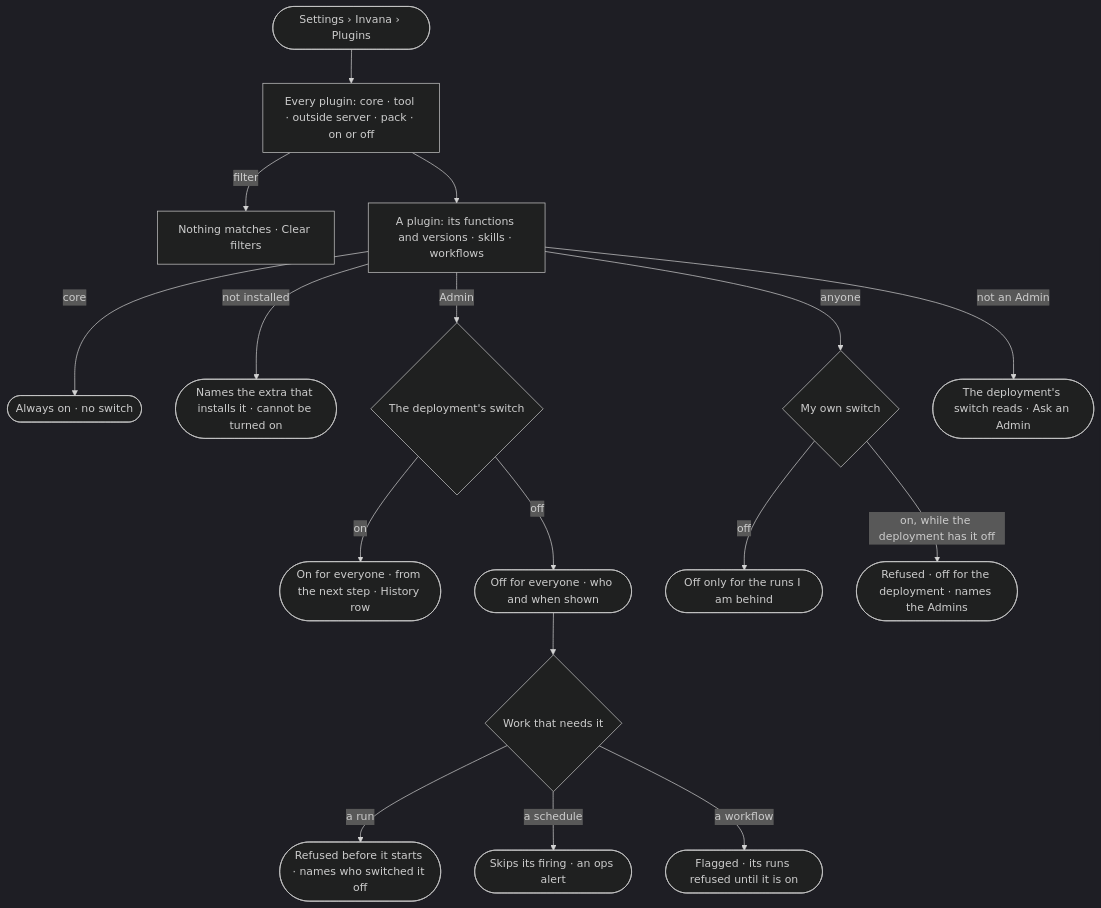
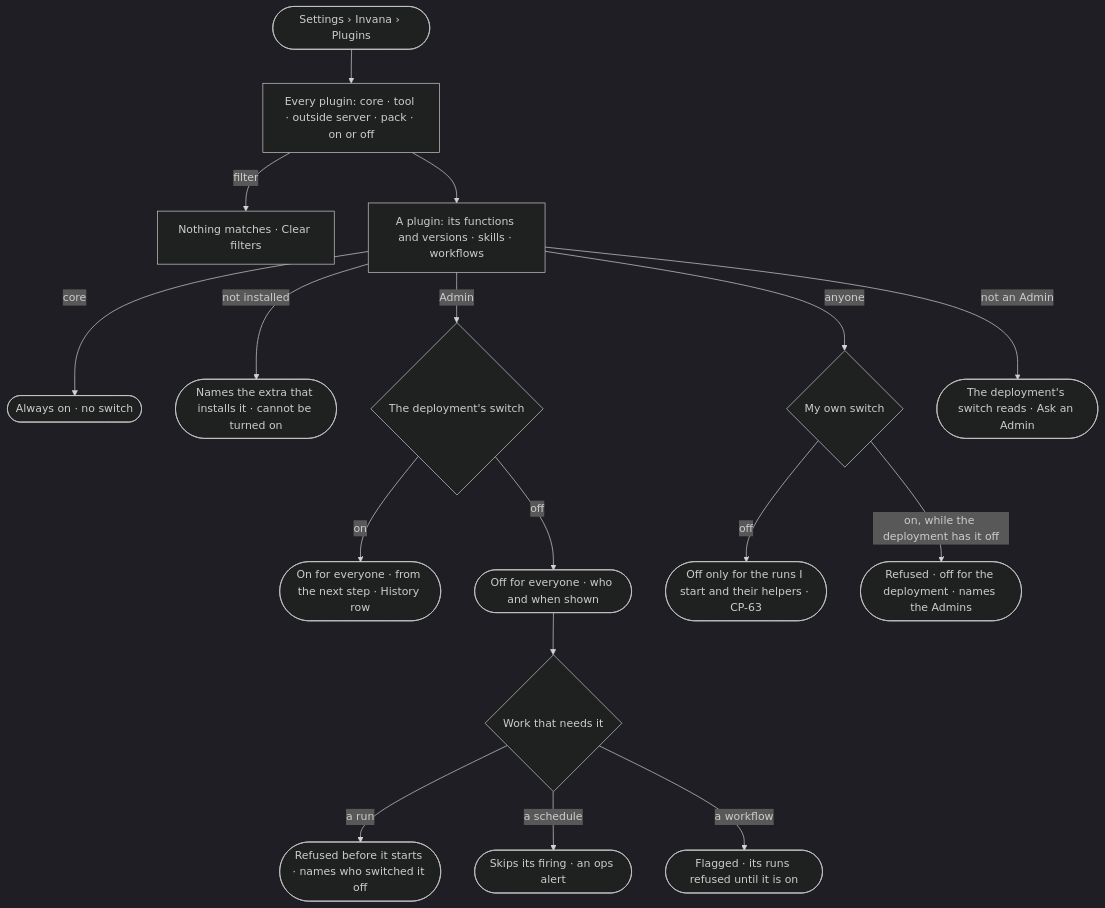
The diagram in specs/os/control/features/CP-F02-plugins-and-outside-tools/stories/CP-04-see-every-plugin-and-switch-it-on-or-off/story.md (invana/invana), drawn with Mermaid (dark theme) before and after one commit. The commit also changed other lines of this file and 300 other files, not shown here.

````diff
--- a/specs/os/control/features/CP-F02-plugins-and-outside-tools/stories/CP-04-see-every-plugin-and-switch-it-on-or-off/story.md
+++ b/specs/os/control/features/CP-F02-plugins-and-outside-tools/stories/CP-04-see-every-plugin-and-switch-it-on-or-off/story.md
@@ -27,19 +29,19 @@
 ```mermaid
 flowchart TD
   s([Settings › Invana › Plugins]) --> l["Every plugin: core · tool · outside server · pack · on or off"]
   l -->|filter| f["Nothing matches · Clear filters"]
   l --> p["A plugin: its functions and versions · skills · workflows"]
   p -->|core| always(["Always on · no switch"])
   p -->|not installed| ni(["Names the extra that installs it · cannot be turned on"])
   p -->|Admin| sw{"The deployment's switch"}
   sw -->|on| on(["On for everyone · from the next step · History row"])
   sw -->|off| off(["Off for everyone · who and when shown"])
   off --> w{"Work that needs it"}
   w -->|a run| r(["Refused before it starts · names who switched it off"])
   w -->|a schedule| sc(["Skips its firing · an ops alert"])
   w -->|a workflow| wf(["Flagged · its runs refused until it is on"])
   p -->|anyone| me{"My own switch"}
-  me -->|off| mo(["Off only for the runs I am behind"])
+  me -->|off| mo(["Off only for the runs I start and their helpers · CP-63"])
   me -->|on, while the deployment has it off| no(["Refused · off for the deployment · names the Admins"])
   p -->|not an Admin| ro(["The deployment's switch reads · Ask an Admin"])
 ```
````
